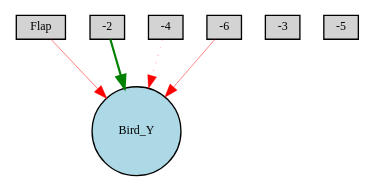
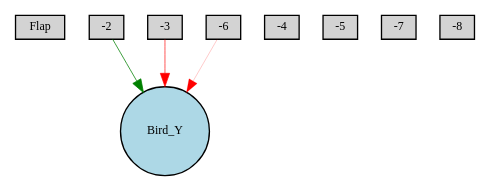
Before and after one commit to dani0621/Project02_PygAIme: the diagram in Digraph.gv, drawn with Graphviz. The commit also changed 7 other files, not shown here.

```diff
--- a/Digraph.gv
+++ b/Digraph.gv
@@ -1,14 +1,15 @@
 digraph {
 	node [fontsize=9 height=0.2 shape=circle width=0.2]
 	Flap [fillcolor=lightgray shape=box style=filled]
 	-2 [fillcolor=lightgray shape=box style=filled]
 	-3 [fillcolor=lightgray shape=box style=filled]
 	-4 [fillcolor=lightgray shape=box style=filled]
 	-5 [fillcolor=lightgray shape=box style=filled]
 	-6 [fillcolor=lightgray shape=box style=filled]
+	-7 [fillcolor=lightgray shape=box style=filled]
+	-8 [fillcolor=lightgray shape=box style=filled]
 	Bird_Y [fillcolor=lightblue style=filled]
-	-2 -> Bird_Y [color=green penwidth=1.622198944321949 style=solid]
-	-6 -> Bird_Y [color=red penwidth=0.36030665335436696 style=solid]
-	Flap -> Bird_Y [color=red penwidth=0.38185846644625965 style=solid]
-	-4 -> Bird_Y [color=red penwidth=0.21673483499222068 style=dotted]
+	-2 -> Bird_Y [color=green penwidth=0.5675685555623897 style=solid]
+	-6 -> Bird_Y [color=red penwidth=0.16318206168579613 style=solid]
+	-3 -> Bird_Y [color=red penwidth=0.4973440920862332 style=solid]
 }
```
